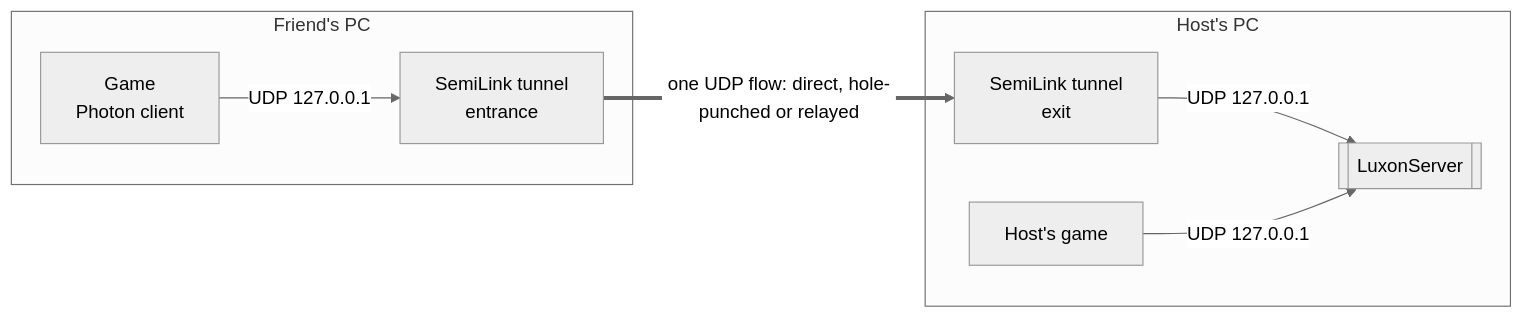
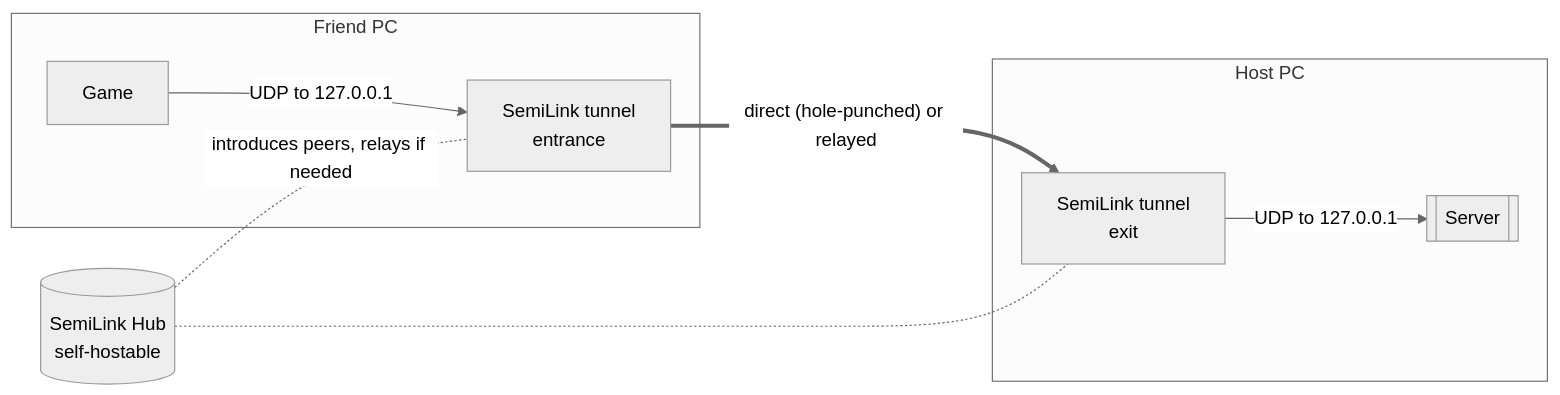
The second of 2 diagrams in docs/connectivity.md (haulnet/haulnet-repo), drawn with Mermaid (neutral theme) before and after one commit. The commit also changed other lines of this file and 15 other files, not shown here.

````diff
--- a/docs/connectivity.md
+++ b/docs/connectivity.md
@@ -40,11 +87,12 @@
 ```mermaid
 flowchart LR
-    subgraph C[Friend's PC]
-        GC[Game<br/>Photon client] -- UDP 127.0.0.1 --> TC[SemiLink tunnel<br/>entrance]
+    subgraph C[Friend PC]
+        GC[Game] -- "UDP to 127.0.0.1" --> TC[SemiLink tunnel<br/>entrance]
     end
-    subgraph H[Host's PC]
-        TH[SemiLink tunnel<br/>exit] -- UDP 127.0.0.1 --> L[[LuxonServer]]
-        GH[Host's game] -- UDP 127.0.0.1 --> L
+    subgraph H[Host PC]
+        TH[SemiLink tunnel<br/>exit] -- "UDP to 127.0.0.1" --> L[[Server]]
     end
-    TC == "one UDP flow: direct, hole-punched or relayed" ==> TH
+    TC == "direct (hole-punched) or relayed" ==> TH
+    HUB[(SemiLink Hub<br/>self-hostable)] -. introduces peers, relays if needed .- TC
+    HUB -.- TH
 ```
````
